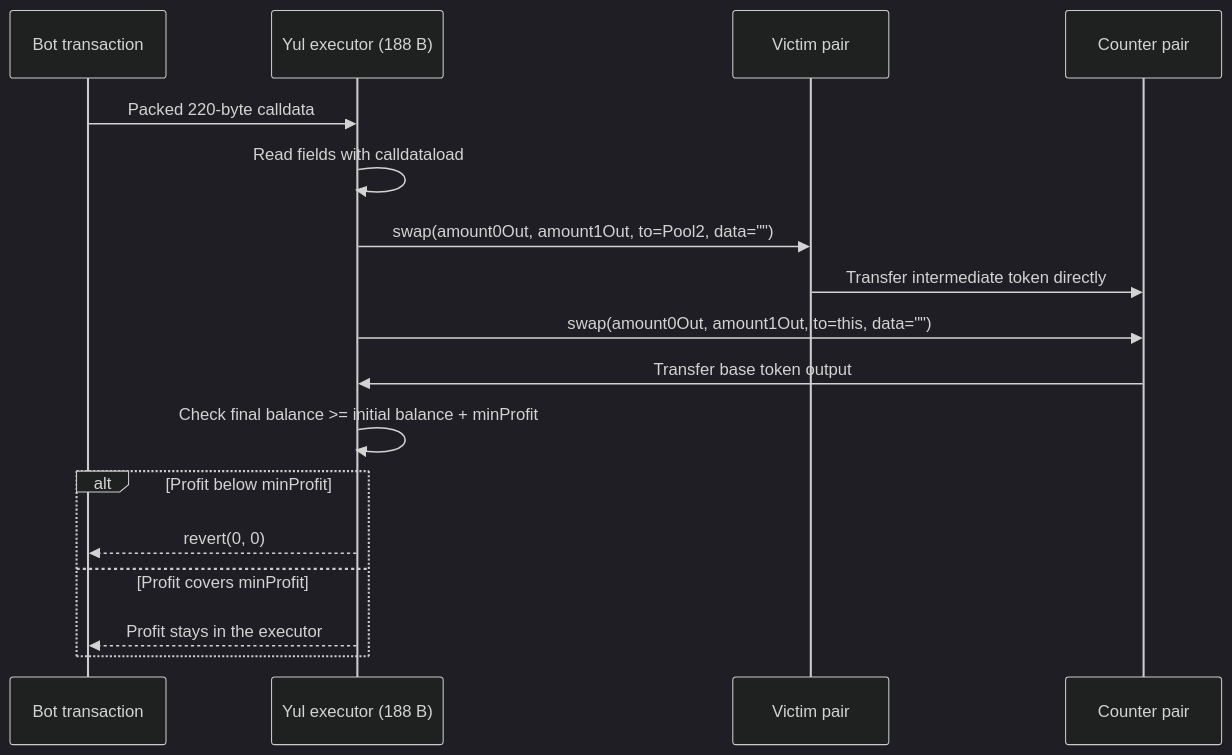
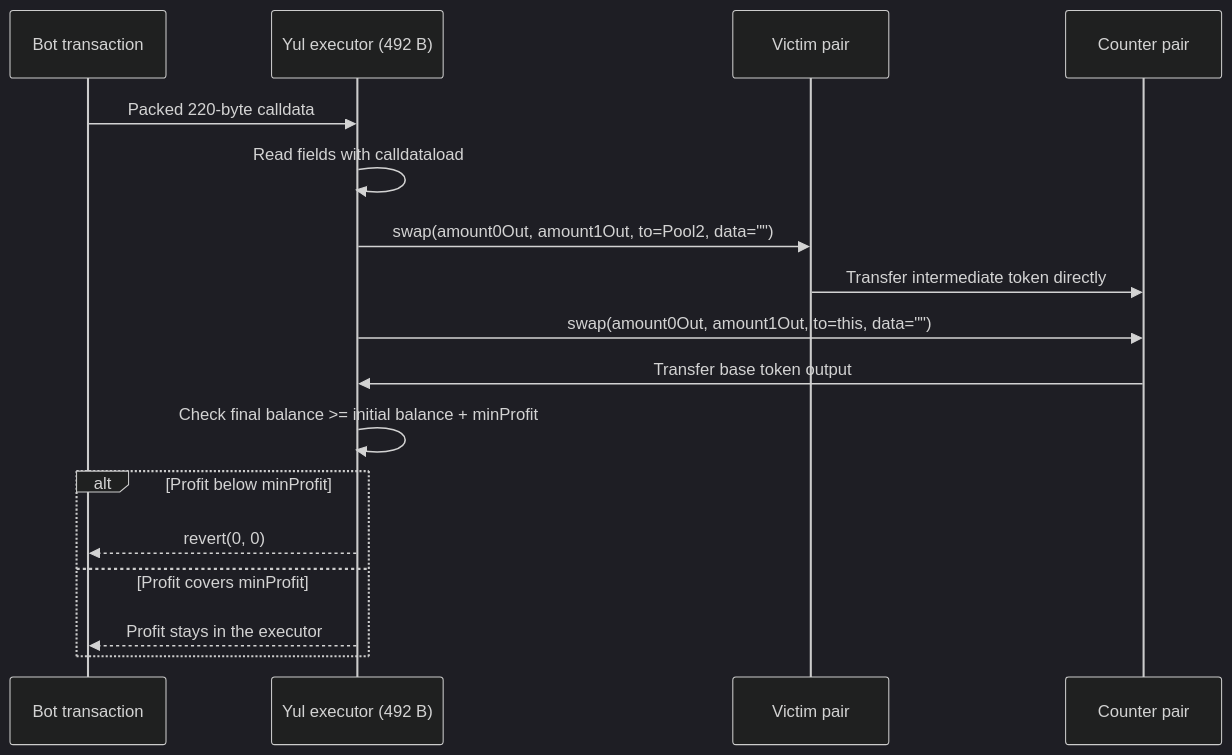
Before and after one commit to Builder106/quarry: the diagram in docs/MEV_ENGINEERING.md, drawn with Mermaid (dark theme). The commit also changed other lines of this file and 3 other files, not shown here.

````diff
--- a/docs/MEV_ENGINEERING.md
+++ b/docs/MEV_ENGINEERING.md
@@ -19,20 +19,20 @@
 ```mermaid
 sequenceDiagram
     participant Mempool as Bot transaction
-    participant Yul as Yul executor (188 B)
+    participant Yul as Yul executor (492 B)
     participant Pool1 as Victim pair
     participant Pool2 as Counter pair
 
     Mempool->>Yul: Packed 220-byte calldata
     Yul->>Yul: Read fields with calldataload
     Yul->>Pool1: swap(amount0Out, amount1Out, to=Pool2, data="")
     Pool1->>Pool2: Transfer intermediate token directly
     Yul->>Pool2: swap(amount0Out, amount1Out, to=this, data="")
     Pool2->>Yul: Transfer base token output
     Yul->>Yul: Check final balance >= initial balance + minProfit
     alt Profit below minProfit
         Yul-->>Mempool: revert(0, 0)
     else Profit covers minProfit
         Yul-->>Mempool: Profit stays in the executor
     end
 ```
````
